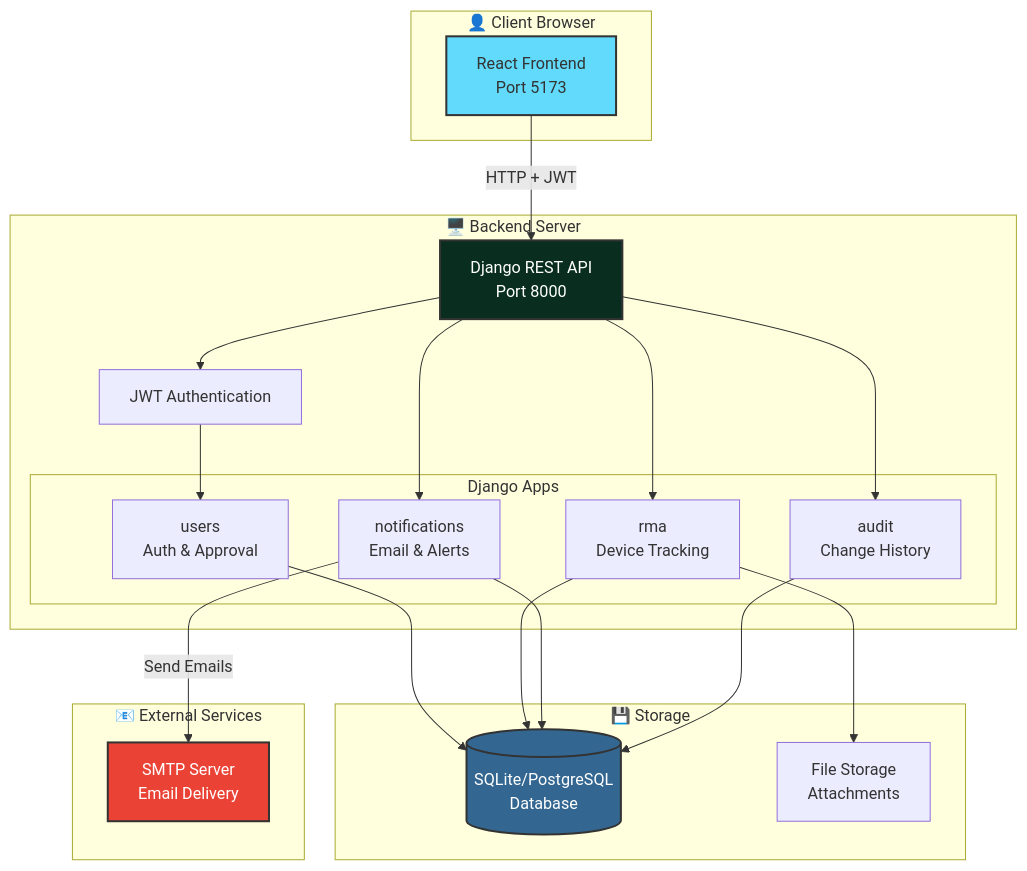
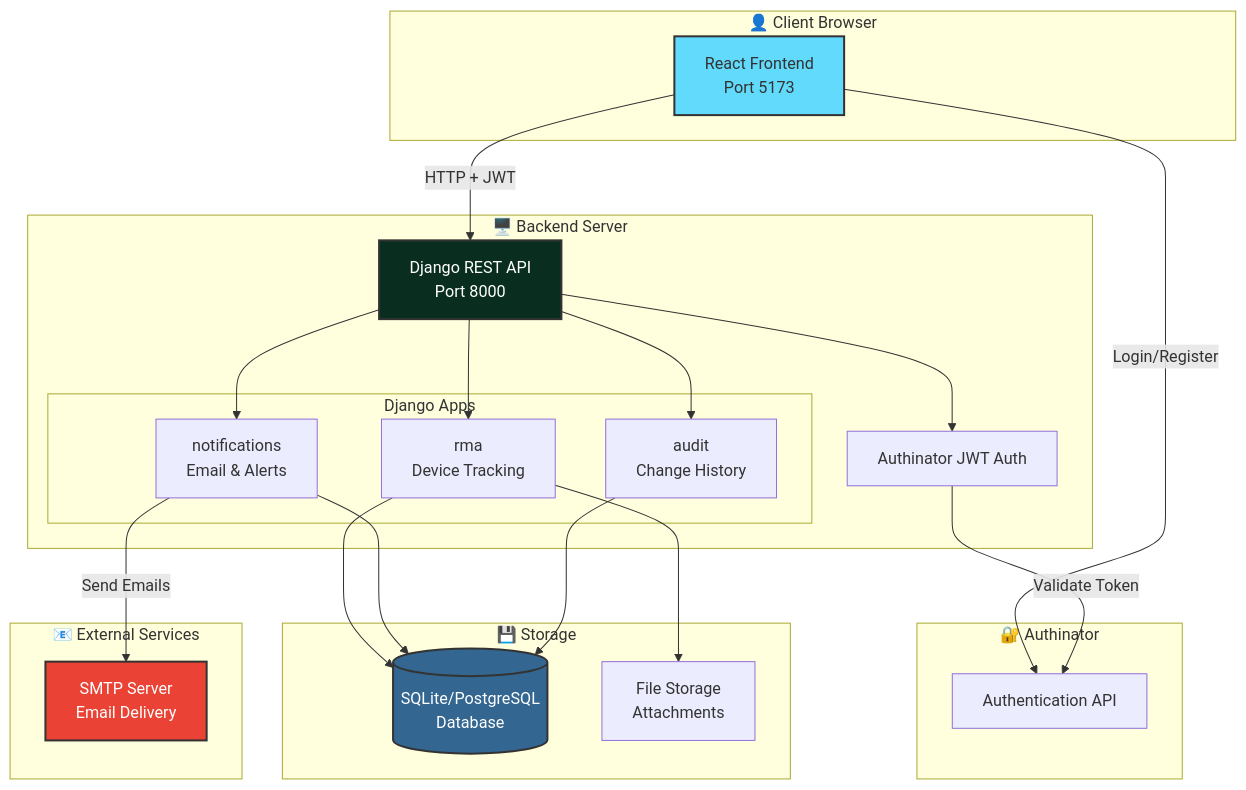
The third of 3 diagrams in README.md (losomode/RMAinator), drawn with Mermaid before and after one commit. The commit also changed other lines of this file and 40 other files, not shown here.

First line of the commit message:
v2.0.0: Migrate authentication to Authinator service

````diff
--- a/README.md
+++ b/README.md
@@ -340,46 +321,49 @@
 ```mermaid
 graph TB
     subgraph Client["👤 Client Browser"]
         UI[React Frontend<br/>Port 5173]
     end
     
     subgraph Backend["🖥️ Backend Server"]
         API[Django REST API<br/>Port 8000]
-        Auth[JWT Authentication]
+        Auth[Authinator JWT Auth]
         subgraph Apps["Django Apps"]
-            Users[users<br/>Auth & Approval]
             RMA[rma<br/>Device Tracking]
             Notif[notifications<br/>Email & Alerts]
             Audit[audit<br/>Change History]
         end
+    end
+    
+    subgraph AuthService["🔐 Authinator"]
+        AuthAPI[Authentication API]
     end
     
     subgraph Storage["💾 Storage"]
         DB[(SQLite/PostgreSQL<br/>Database)]
         Files[File Storage<br/>Attachments]
     end
     
     subgraph External["📧 External Services"]
         SMTP[SMTP Server<br/>Email Delivery]
     end
     
     UI -->|HTTP + JWT| API
+    UI -->|Login/Register| AuthAPI
     API --> Auth
-    Auth --> Users
+    Auth -->|Validate Token| AuthAPI
     API --> RMA
     API --> Notif
     API --> Audit
     
-    Users --> DB
     RMA --> DB
     Notif --> DB
     Audit --> DB
     
     RMA --> Files
     Notif -->|Send Emails| SMTP
     
     style UI fill:#61dafb,stroke:#333,stroke-width:2px
     style API fill:#092e20,stroke:#333,stroke-width:2px,color:#fff
     style DB fill:#336791,stroke:#333,stroke-width:2px,color:#fff
     style SMTP fill:#ea4335,stroke:#333,stroke-width:2px,color:#fff
 ```
````
